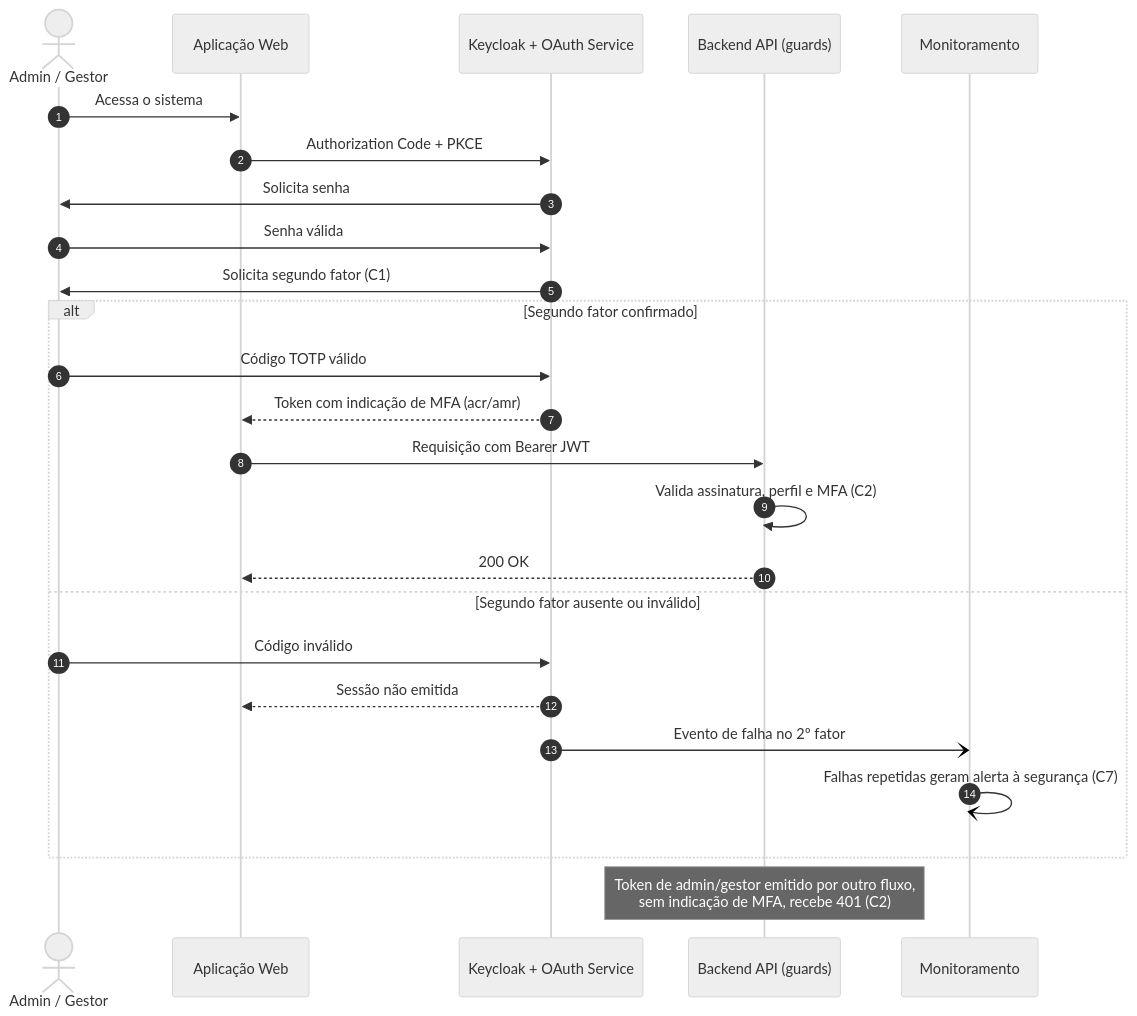
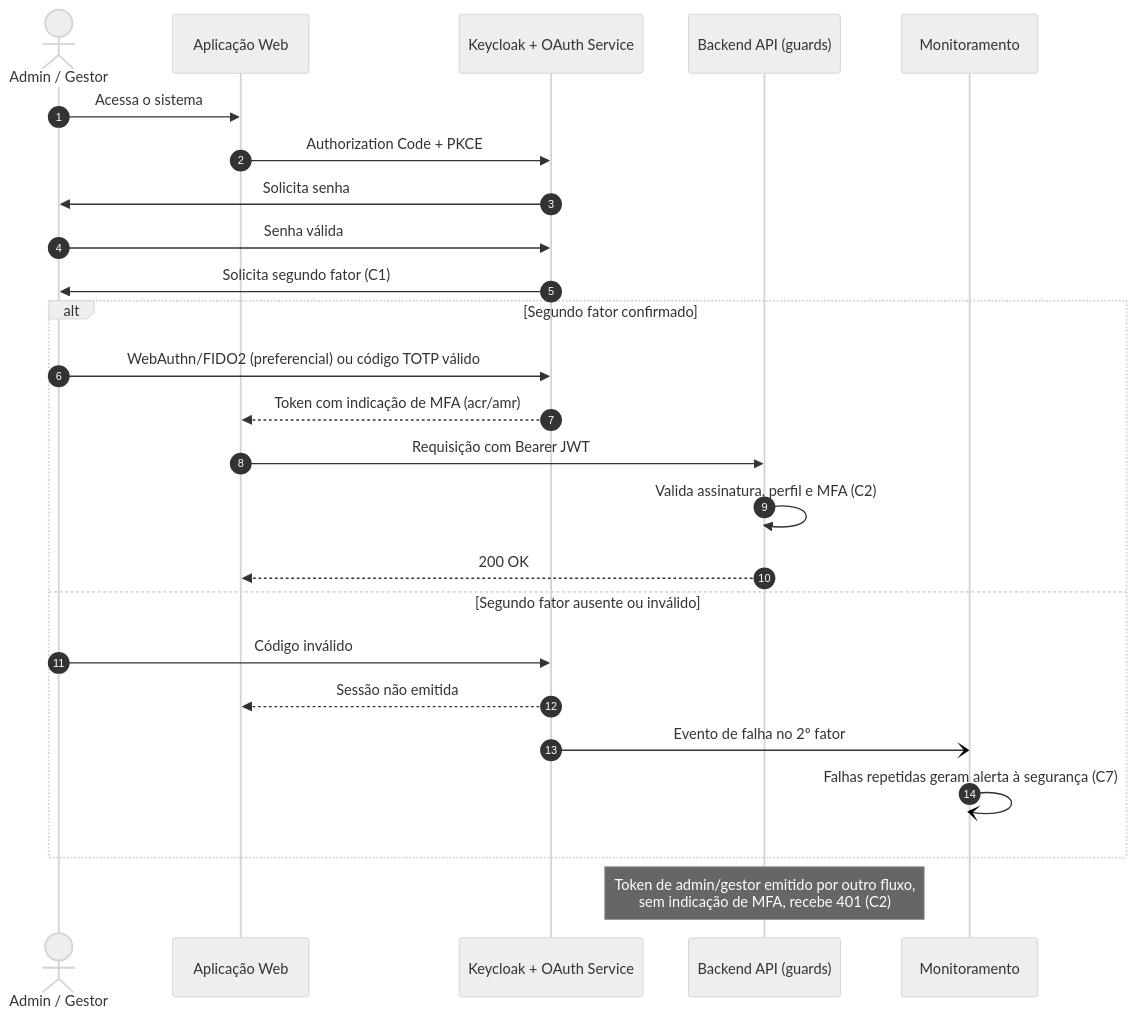
Before and after one commit to MarlonBrendonx/secure-software-engineering-project: the second of 4 diagrams in docs/etapa-3/etapa-3-diagrama.md, drawn with Mermaid (neutral theme). The commit also changed other lines of this file and 4 other files, not shown here.

````diff
--- a/docs/etapa-3/etapa-3-diagrama.md
+++ b/docs/etapa-3/etapa-3-diagrama.md
@@ -116,28 +118,28 @@
 ```mermaid
 sequenceDiagram
     autonumber
     actor U as Admin / Gestor
     participant SPA as Aplicação Web
     participant KC as Keycloak + OAuth Service
     participant API as Backend API (guards)
     participant MON as Monitoramento
 
     U->>SPA: Acessa o sistema
     SPA->>KC: Authorization Code + PKCE
     KC->>U: Solicita senha
     U->>KC: Senha válida
     KC->>U: Solicita segundo fator (C1)
     alt Segundo fator confirmado
-        U->>KC: Código TOTP válido
+        U->>KC: WebAuthn/FIDO2 (preferencial) ou código TOTP válido
         KC-->>SPA: Token com indicação de MFA (acr/amr)
         SPA->>API: Requisição com Bearer JWT
         API->>API: Valida assinatura, perfil e MFA (C2)
         API-->>SPA: 200 OK
     else Segundo fator ausente ou inválido
         U->>KC: Código inválido
         KC-->>SPA: Sessão não emitida
         KC-)MON: Evento de falha no 2º fator
         MON-)MON: Falhas repetidas geram alerta à segurança (C7)
     end
     Note over API: Token de admin/gestor emitido por outro fluxo,<br/>sem indicação de MFA, recebe 401 (C2)
 ```
````
